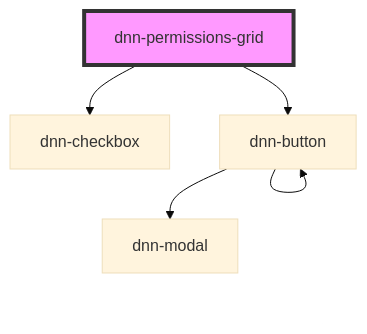
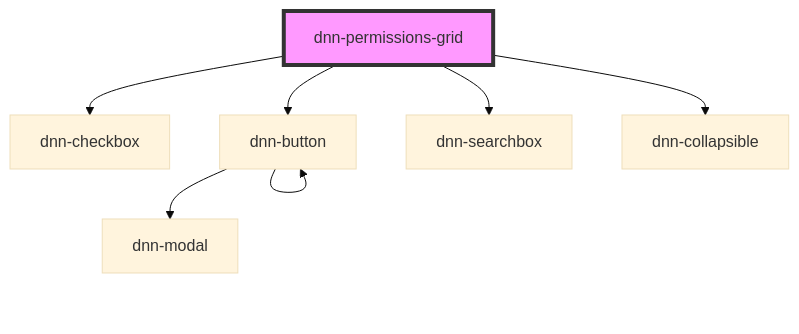
Before and after one commit to DNNCommunity/dnn-elements: the diagram in src/components/dnn-permissions-grid/readme.md, drawn with Mermaid (base theme). The commit also changed other lines of this file and 11 other files, not shown here.

````diff
--- a/src/components/dnn-permissions-grid/readme.md
+++ b/src/components/dnn-permissions-grid/readme.md
@@ -26,8 +37,10 @@
 ```mermaid
 graph TD;
   dnn-permissions-grid --> dnn-checkbox
   dnn-permissions-grid --> dnn-button
+  dnn-permissions-grid --> dnn-searchbox
+  dnn-permissions-grid --> dnn-collapsible
   dnn-button --> dnn-modal
   dnn-button --> dnn-button
   style dnn-permissions-grid fill:#f9f,stroke:#333,stroke-width:4px
 ```
````
